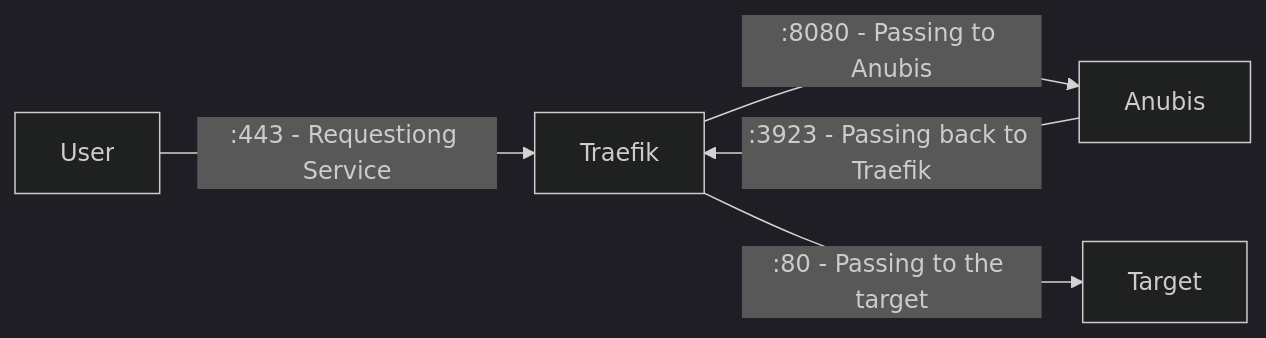
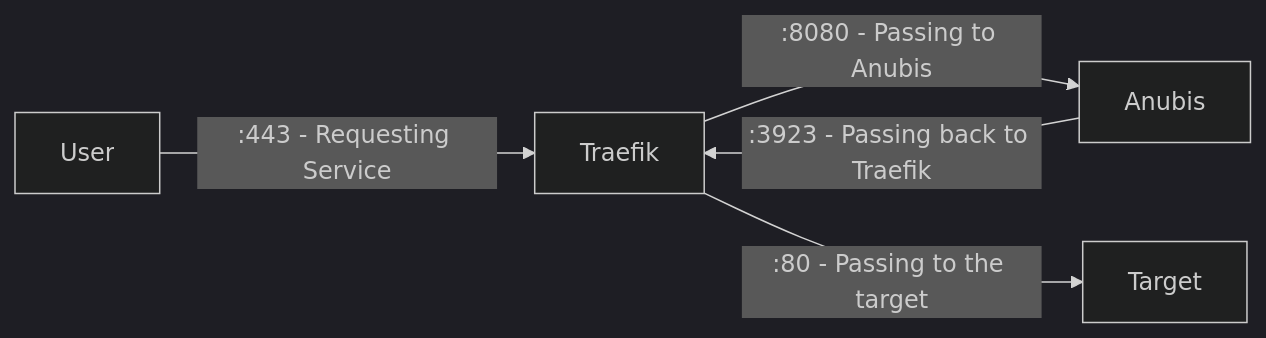
The diagram in docs/docs/admin/configuration/traefik-integration.mdx (TecharoHQ/anubis), drawn with Mermaid (dark theme) before and after one commit.

````diff
--- a/docs/docs/admin/configuration/traefik-integration.mdx
+++ b/docs/docs/admin/configuration/traefik-integration.mdx
@@ -32,12 +32,12 @@
 ```mermaid
 flowchart LR
 user[User]
 traefik[Traefik]
 anubis[Anubis]
 target[Target]
 
-user-->|:443 - Requestiong Service|traefik
+user-->|:443 - Requesting Service|traefik
 traefik-->|:8080 - Passing to Anubis|anubis
 anubis-->|:3923 - Passing back to Traefik|traefik
 traefik-->|:80 - Passing to the target|target
 ```
````
